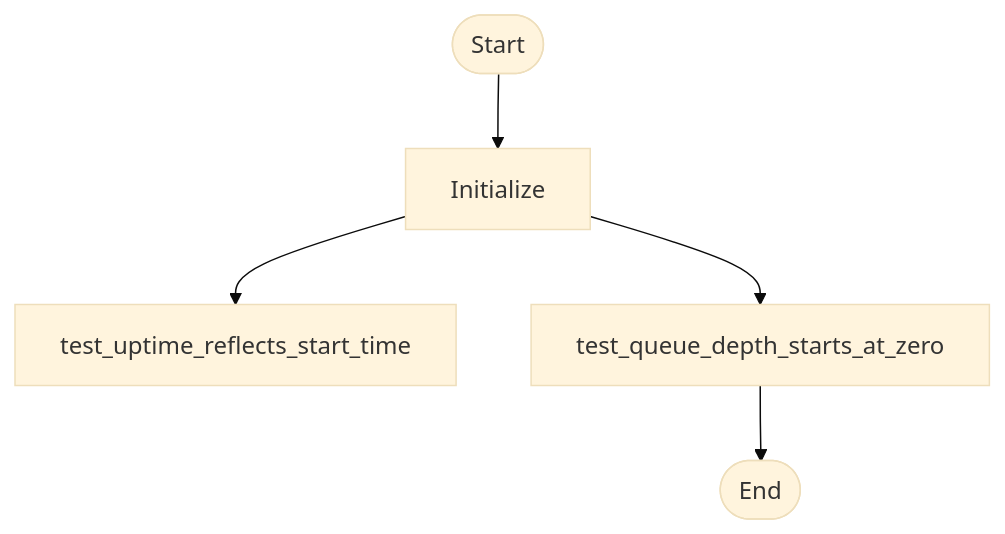
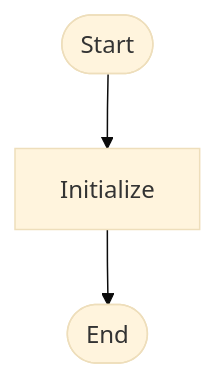
Before and after one commit to zepfu/llama-gguf-inference: the first of 8 diagrams in docs/auto/ARCHITECTURE_AUTO.md, drawn with Mermaid (base theme). The commit also changed other lines of this file and 2 other files, not shown here.

````diff
--- a/docs/auto/ARCHITECTURE_AUTO.md
+++ b/docs/auto/ARCHITECTURE_AUTO.md
@@ -27,7 +27,5 @@
 ```mermaid
 flowchart TD
     Start([Start]) --> Init[Initialize]
-    Init --> testuptimereflectsstarttime[test_uptime_reflects_start_time]
-    Init --> testqueuedepthstartsatzero[test_queue_depth_starts_at_zero]
-    testqueuedepthstartsatzero --> End([End])
+    Init --> End([End])
 ```
````
